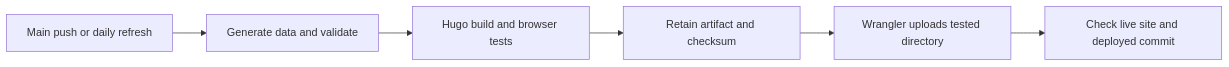
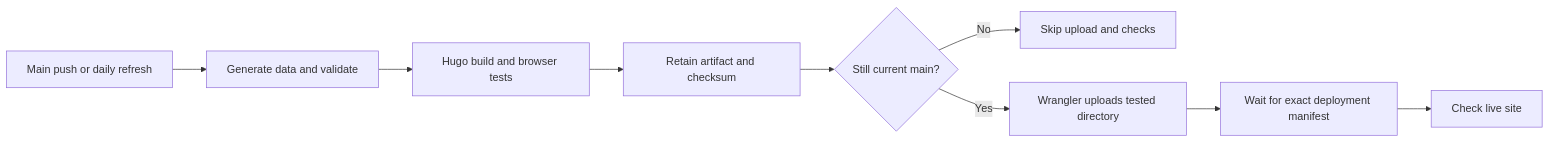
The second of 3 diagrams in README.md (CODE-Community-of-Developers-Engineers/website-frontpage), drawn with Mermaid before and after one commit. The commit also changed other lines of this file and 3 other files, not shown here.

Commit message:
fix: verify current Pages release before production checks

````diff
--- a/README.md
+++ b/README.md
@@ -125,8 +125,11 @@
 ```mermaid
 flowchart LR
     A[Main push or daily refresh] --> B[Generate data and validate]
     B --> C[Hugo build and browser tests]
     C --> D[Retain artifact and checksum]
-    D --> E[Wrangler uploads tested directory]
-    E --> F[Check live site and deployed commit]
+    D --> E{Still current main?}
+    E -->|No| Skip[Skip upload and checks]
+    E -->|Yes| F[Wrangler uploads tested directory]
+    F --> G[Wait for exact deployment manifest]
+    G --> H[Check live site]
 ```
````
